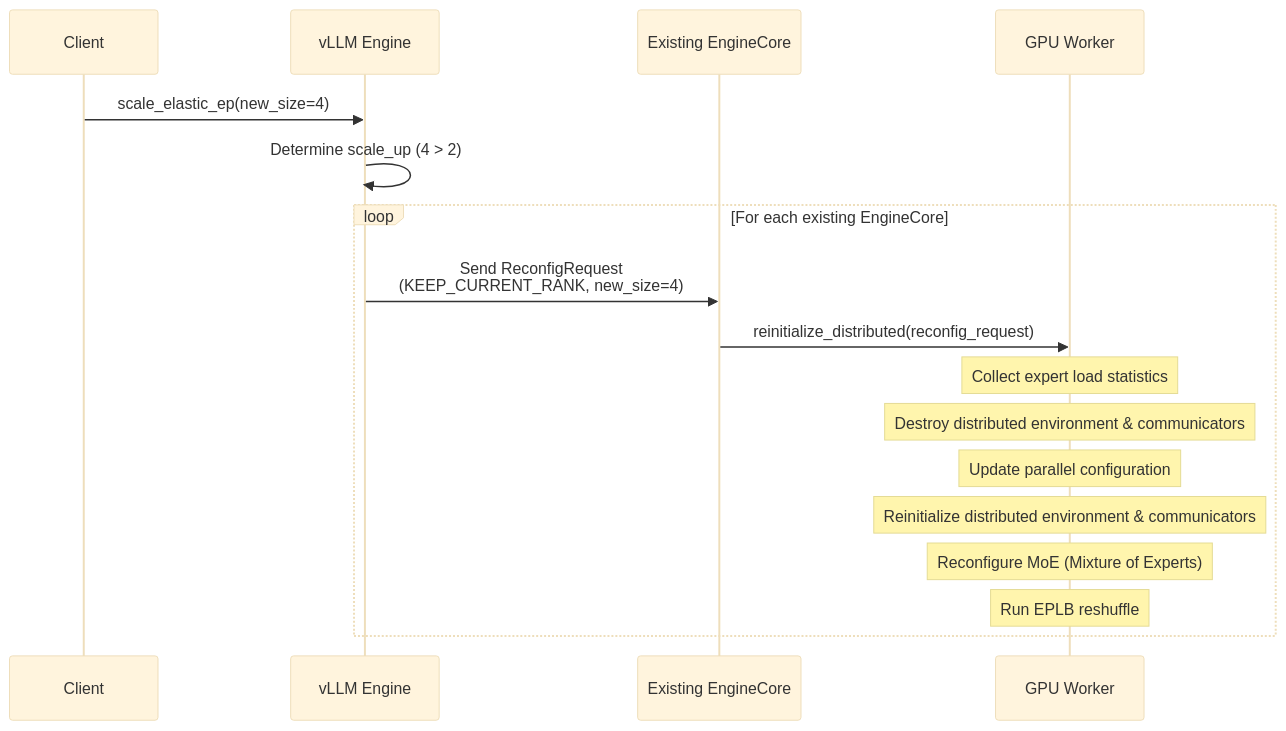
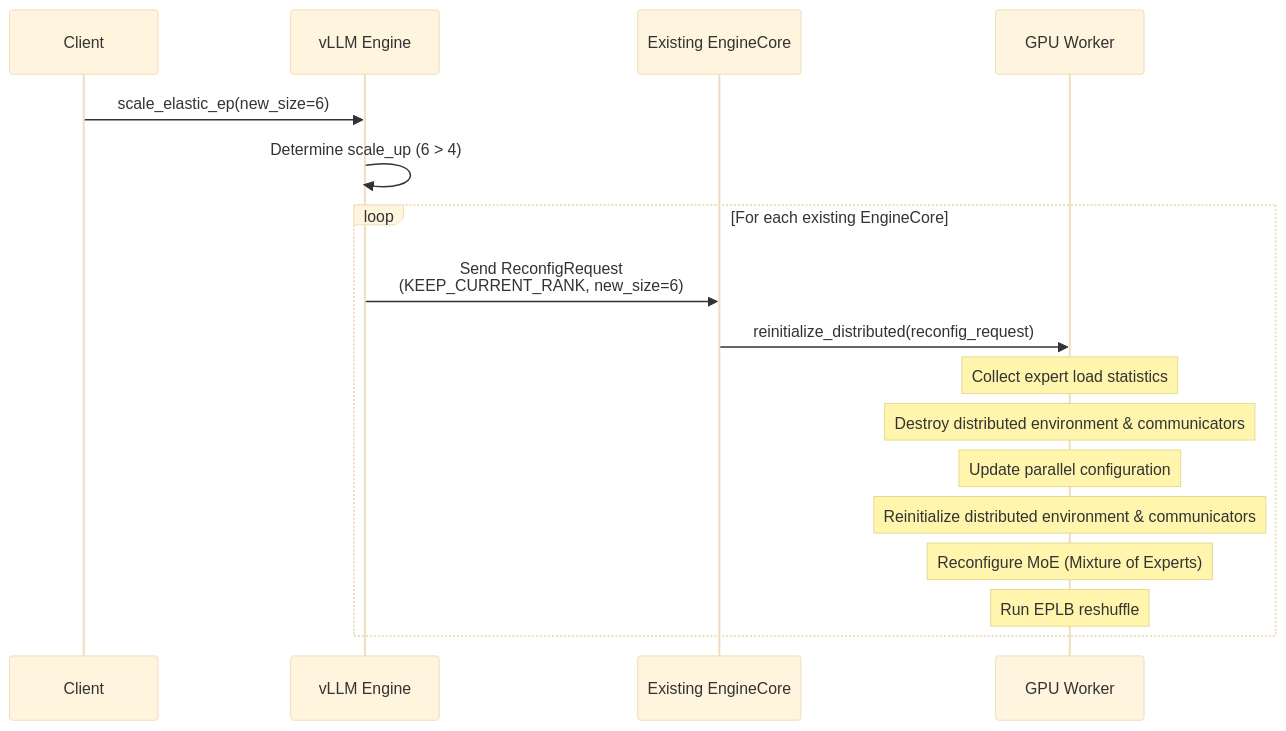
One commit to ruisearch42/vllm changed the diagram in detailed_scale_up_existing.md. Above: the diagram before and after it, drawn with Mermaid (base theme). The commit also changed 5 other files, not shown here.

````diff
--- a/detailed_scale_up_existing.md
+++ b/detailed_scale_up_existing.md
@@ -5,28 +5,28 @@
 ```mermaid
 sequenceDiagram
     participant Client as Client
     participant Engine as vLLM Engine
     participant ExistingEngineCore as Existing EngineCore
     participant Worker as GPU Worker
     
-    Client->>Engine: scale_elastic_ep(new_size=4)
-    Engine->>Engine: Determine scale_up (4 > 2)
+    Client->>Engine: scale_elastic_ep(new_size=6)
+    Engine->>Engine: Determine scale_up (6 > 4)
     
     loop For each existing EngineCore
-        Engine->>ExistingEngineCore: Send ReconfigRequest<br/>(KEEP_CURRENT_RANK, new_size=4)
+        Engine->>ExistingEngineCore: Send ReconfigRequest<br/>(KEEP_CURRENT_RANK, new_size=6)
         ExistingEngineCore->>Worker: reinitialize_distributed(reconfig_request)
         
         Note over Worker: Collect expert load statistics
         
         Note over Worker: Destroy distributed environment & communicators
         
         Note over Worker: Update parallel configuration
         
         Note over Worker: Reinitialize distributed environment & communicators
         
         Note over Worker: Reconfigure MoE (Mixture of Experts)
         
         Note over Worker: Run EPLB reshuffle
         
     end
 ```
````
